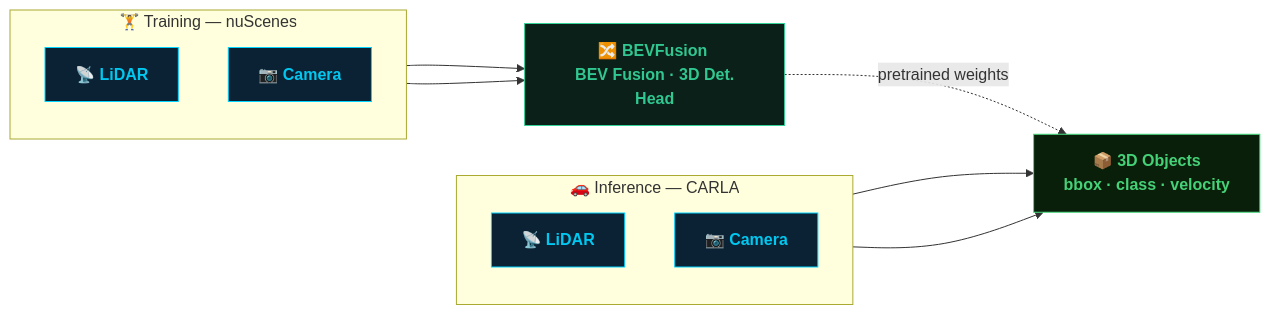
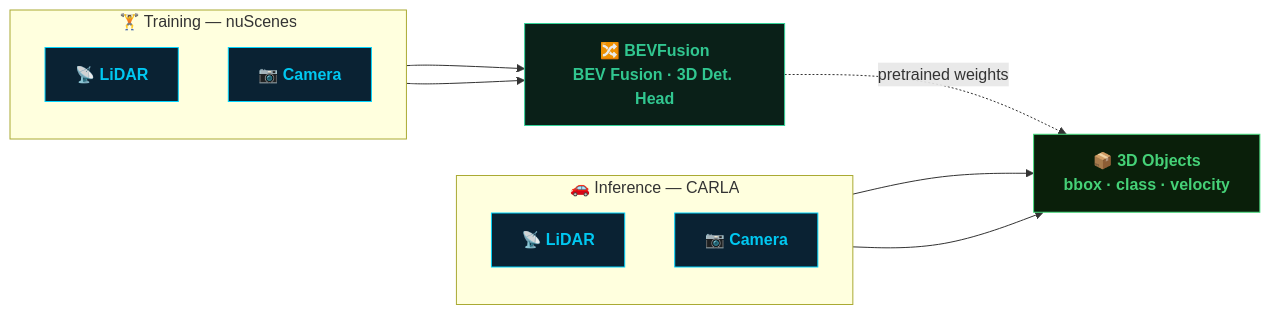
One commit to GitHub-hanyunji/Project changed the diagram in README.md. Above: the diagram before and after it, drawn with Mermaid. The commit also changed other lines of this file, not shown here.

````diff
--- a/README.md
+++ b/README.md
@@ -6,30 +6,24 @@
 ```mermaid
 flowchart LR
     subgraph TRAIN["🏋️ Training  —  nuScenes"]
         direction TB
         NS_L["📡 LiDAR"]
         NS_C["📷 Camera"]
     end
-
-    BEV["🔀 BEVFusion <br/> BEV Fusion · 3D Det. Head"]
-
+    BEV["🔀 BEVFusion<br/>BEV Fusion · 3D Det. Head"]
     subgraph INFER["🚗 Inference  —  CARLA"]
         direction TB
         CA_L["📡 LiDAR"]
         CA_C["📷 Camera"]
     end
-
-    OUT["📦 3D Objects <br/> bbox · class · velocity"]
-
+    OUT["📦 3D Objects<br/>bbox · class · velocity"]
     NS_L & NS_C --> BEV
     BEV -. "pretrained weights" .-> OUT
     CA_L & CA_C --> OUT
-
     classDef data   fill:#0a2233,stroke:#00d4ff,color:#00d4ffee,font-weight:bold
     classDef model  fill:#0a2018,stroke:#34d399,color:#34d399ee,font-weight:bold
     classDef output fill:#0a1f0a,stroke:#4ade80,color:#4ade80ee,font-weight:bold
-
     class NS_L,NS_C,CA_L,CA_C data
     class BEV model
     class OUT output
 ```
````
